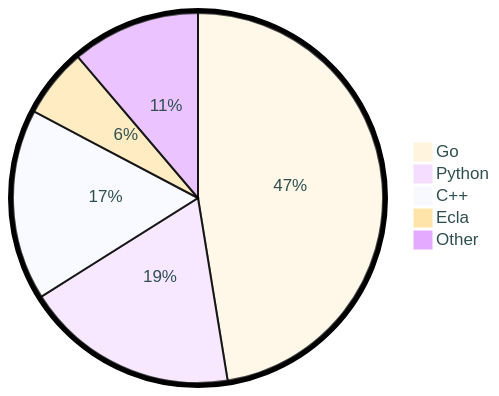
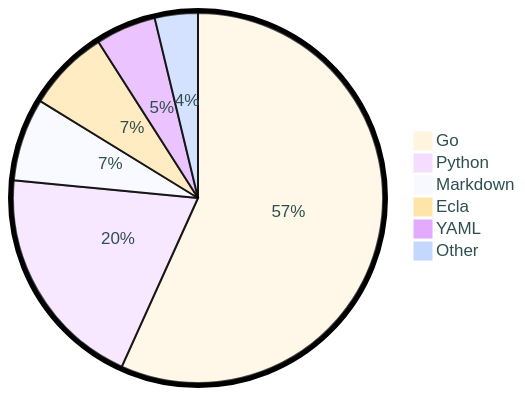
One commit to tot0p/tot0p changed the diagram in README.md. Above: the diagram before and after it, drawn with Mermaid. The commit also changed other lines of this file, not shown here.

````diff
--- a/README.md
+++ b/README.md
@@ -84,9 +79,10 @@
 ```mermaid
 %%{init: {"pie": {"textPosition": 0.5}, "themeVariables": {"pieOuterStrokeWidth": "5px","primaryTextColor" : "#2F4F4F"},"theme":"base"} }%%
 pie
-	"Go": 47.43
-	"Python": 18.62
-	"C++": 16.67
-	"Ecla": 6.05
-	"Other": 11.220000000000004
+	"Go": 56.75
+	"Python": 19.77
+	"Markdown": 7.24
+	"Ecla": 7.19
+	"YAML": 5.28
+	"Other": 3.7600000000000002
 ```
````
